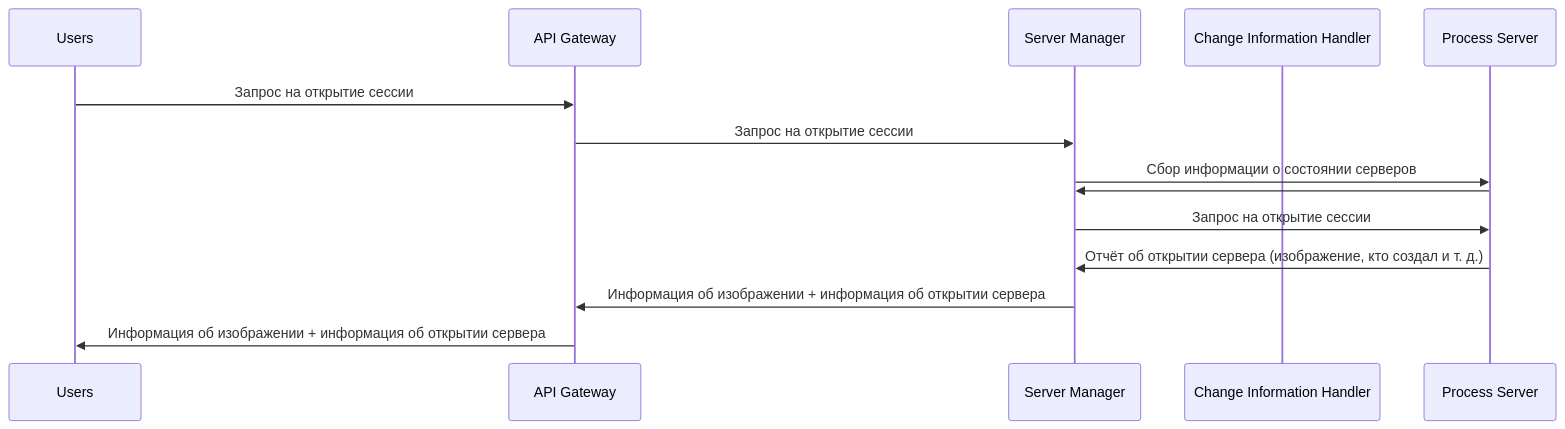
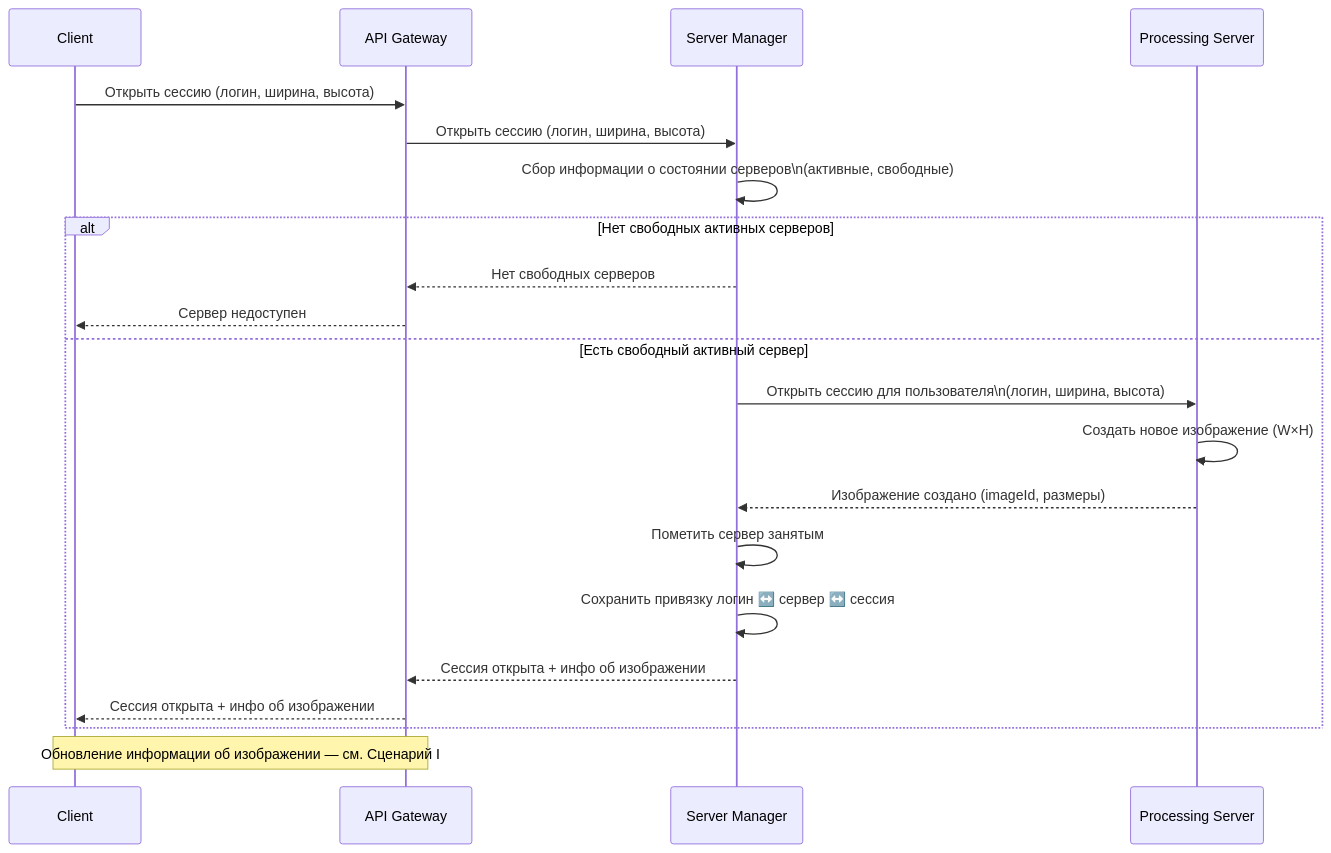
The second of 7 diagrams in docs/tr.md (spbu-ds-practicum-2025/dev), drawn with Mermaid before and after one commit. The commit also changed other lines of this file, not shown here.

````diff
--- a/docs/tr.md
+++ b/docs/tr.md
@@ -133,16 +133,26 @@
 ```mermaid
 sequenceDiagram
-    participant Users
+    participant Client
     participant API Gateway
     participant Server Manager
-    participant Change Information Handler
-    participant Process Server
-    Users->>API Gateway: Запрос на открытие сессии
-    API Gateway->>Server Manager: Запрос на открытие сессии
-    Server Manager->>Process Server: Сбор информации о состоянии серверов
-    Process Server->>Server Manager:
-    Server Manager->>Process Server: Запрос на открытие сессии
-    Process Server->>Server Manager: Отчёт об открытии сервера (изображение, кто создал и т. д.)
-    Server Manager->>API Gateway: Информация об изображении + информация об открытии сервера
-    API Gateway->>Users: Информация об изображении + информация об открытии сервера
+    participant Processing Server
+
+    Client->>API Gateway: Открыть сессию (логин, ширина, высота)
+    API Gateway->>Server Manager: Открыть сессию (логин, ширина, высота)
+    Server Manager->>Server Manager: Сбор информации о состоянии серверов\n(активные, свободные)
+
+    alt Нет свободных активных серверов
+        Server Manager-->>API Gateway: Нет свободных серверов
+        API Gateway-->>Client: Сервер недоступен
+    else Есть свободный активный сервер
+        Server Manager->>Processing Server: Открыть сессию для пользователя\n(логин, ширина, высота)
+        Processing Server->>Processing Server: Создать новое изображение (W×H)
+        Processing Server-->>Server Manager: Изображение создано (imageId, размеры)
+        Server Manager->>Server Manager: Пометить сервер занятым
+        Server Manager->>Server Manager: Сохранить привязку логин ↔️ сервер ↔️ сессия
+        Server Manager-->>API Gateway: Сессия открыта + инфо об изображении
+        API Gateway-->>Client: Сессия открыта + инфо об изображении
+    end
+
+    Note over Client,API Gateway: Обновление информации об изображении — см. Сценарий I
 ```
````
